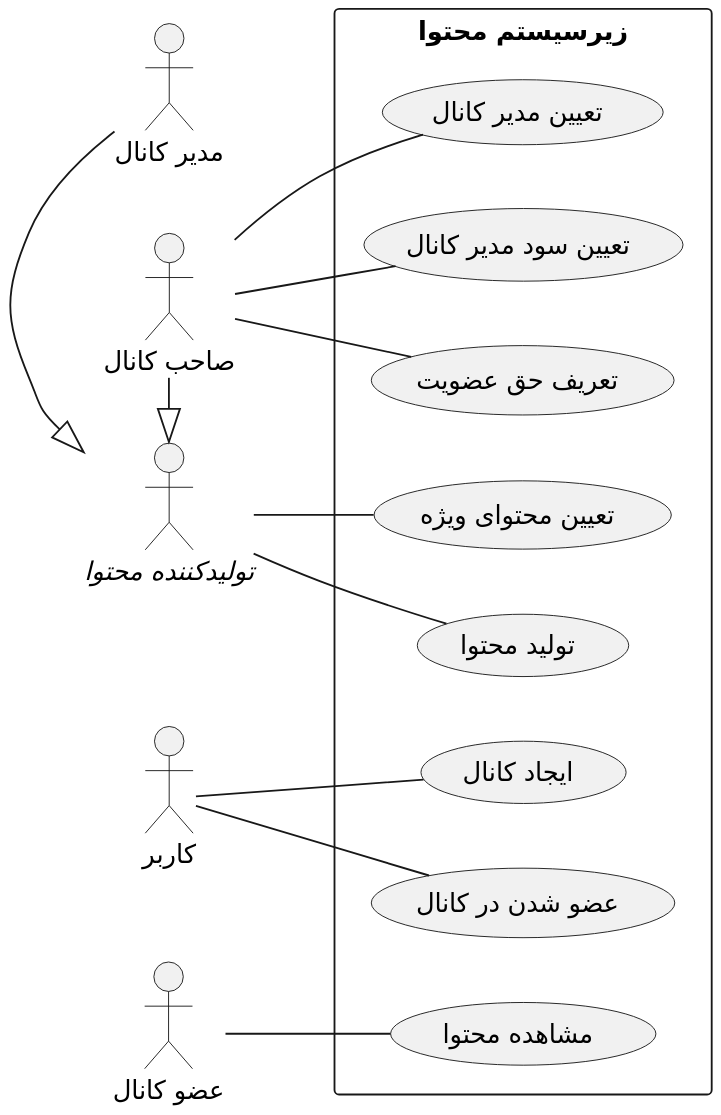
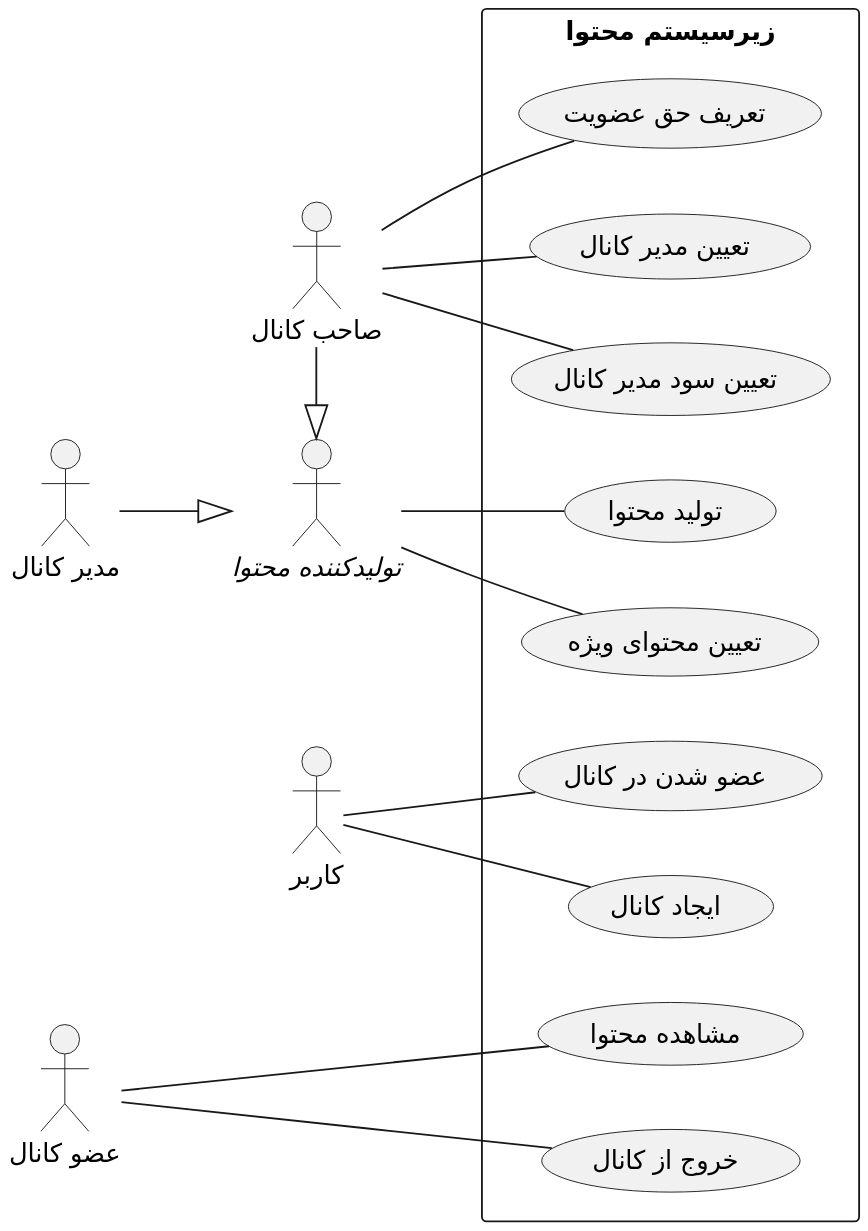
The diagram in PlantUML/Usecase Diagram/2_ContentSubsystem.puml (soleyman79/Qasedak), drawn with PlantUML before and after one commit.

Commit message:
Add delete usecase

```diff
--- a/PlantUML/Usecase Diagram/2_ContentSubsystem.puml
+++ b/PlantUML/Usecase Diagram/2_ContentSubsystem.puml
@@ -1,35 +1,37 @@
 @startuml content_subsystem
 scale 2
 left to right direction
 skinparam defaultFontName B Nazanin
 
 rectangle "زیرسیستم محتوا"{
     usecase "عضو شدن در کانال" as join
     usecase "مشاهده محتوا" as see
     usecase "ایجاد کانال" as start
     usecase "تولید محتوا" as create
     usecase "تعیین محتوای ویژه" as specialize
     usecase "تعریف حق عضویت" as fee
     usecase "تعیین مدیر کانال" as raise
     usecase "تعیین سود مدیر کانال" as salary
+    usecase "خروج از کانال" as delete
 }
 
 actor "کاربر" as user
 actor "عضو کانال" as member
 actor "//تولیدکننده محتوا//" as producer
 actor "مدیر کانال" as admin
 actor "صاحب کانال" as owner
 
-admin -|> producer
+admin --|> producer
 owner -|> producer
 
 user -- join
-member -- see
+member --- see
+member --- delete
 user -- start
 producer -- create
 producer -- specialize
 owner -- fee
 owner -- raise
 owner -- salary
 
 @enduml
```
